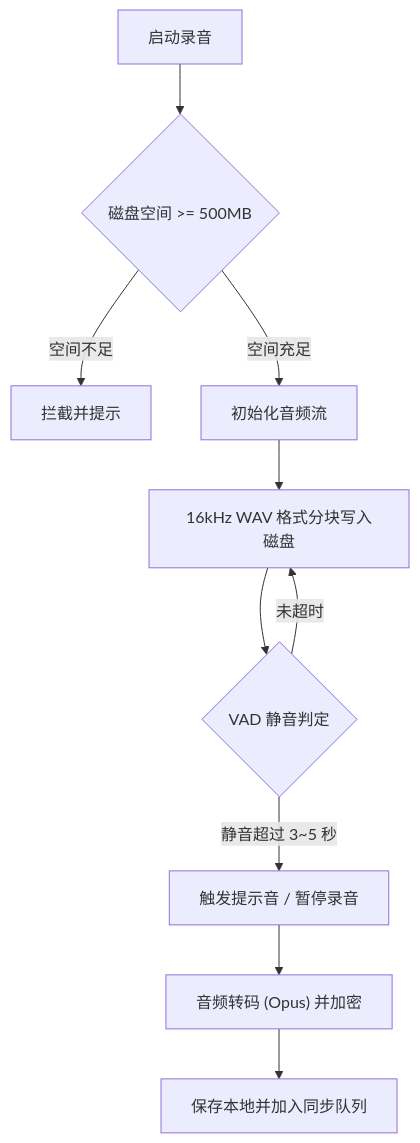
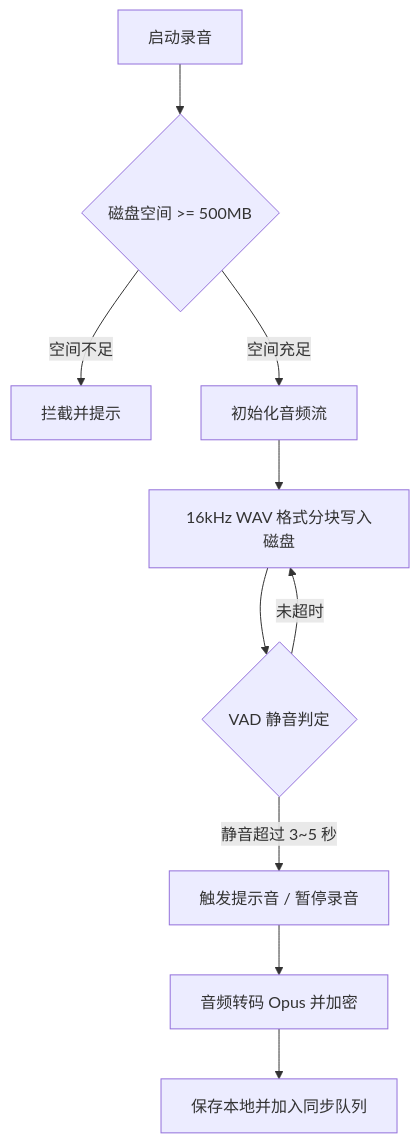
The third of 3 diagrams in README.md (MeiSiristhebest/TimeLog), drawn with Mermaid before and after one commit. The commit also changed other lines of this file, not shown here.

Commit message:
docs(readme): optimize zh + en; add TOC, fix badges & Mermaid quotes, add Security & Contributing

````diff
--- a/README.md
+++ b/README.md
@@ -116,12 +140,12 @@
 ```mermaid
 graph TD
-    A[启动录音] --> B{磁盘空间 >= 500MB}
-    B -- 空间不足 --> C[拦截并提示]
-    B -- 空间充足 --> D[初始化音频流]
-    D --> E[16kHz WAV 格式分块写入磁盘]
-    E --> F{VAD 静音判定}
-    F -- 未超时 --> E
-    F -- 静音超过 3~5 秒 --> G[触发提示音 / 暂停录音]
-    G --> H["音频转码 (Opus) 并加密"]
-    H --> I[保存本地并加入同步队列]
+    A["启动录音"] --> B{"磁盘空间 >= 500MB"}
+    B -- "空间不足" --> C["拦截并提示"]
+    B -- "空间充足" --> D["初始化音频流"]
+    D --> E["16kHz WAV 格式分块写入磁盘"]
+    E --> F{"VAD 静音判定"}
+    F -- "未超时" --> E
+    F -- "静音超过 3~5 秒" --> G["触发提示音 / 暂停录音"]
+    G --> H["音频转码 Opus 并加密"]
+    H --> I["保存本地并加入同步队列"]
 ```
````
